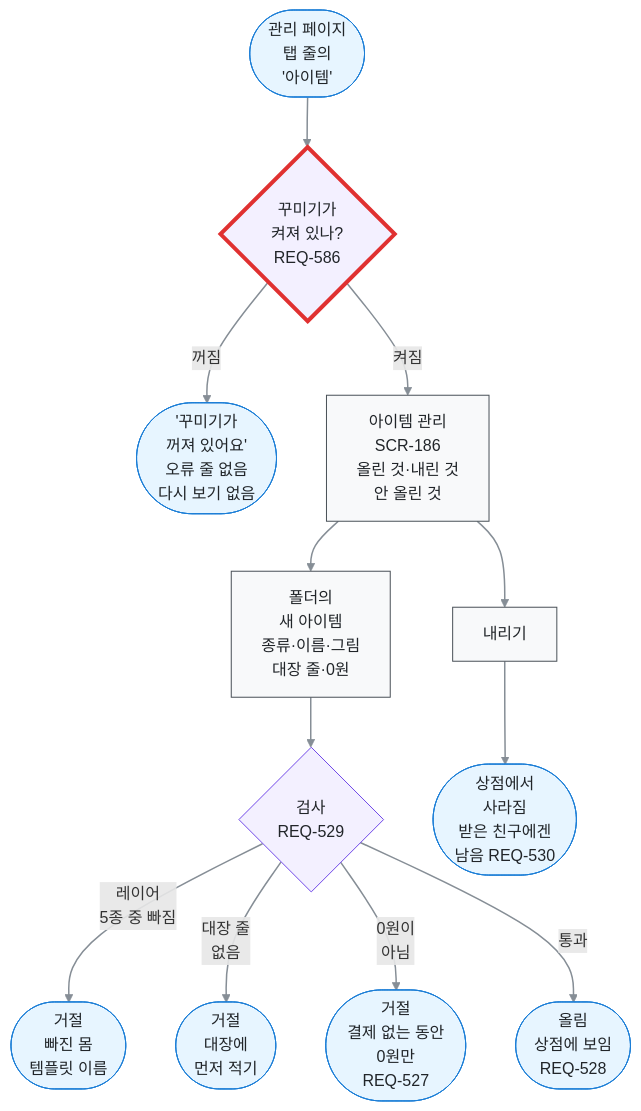
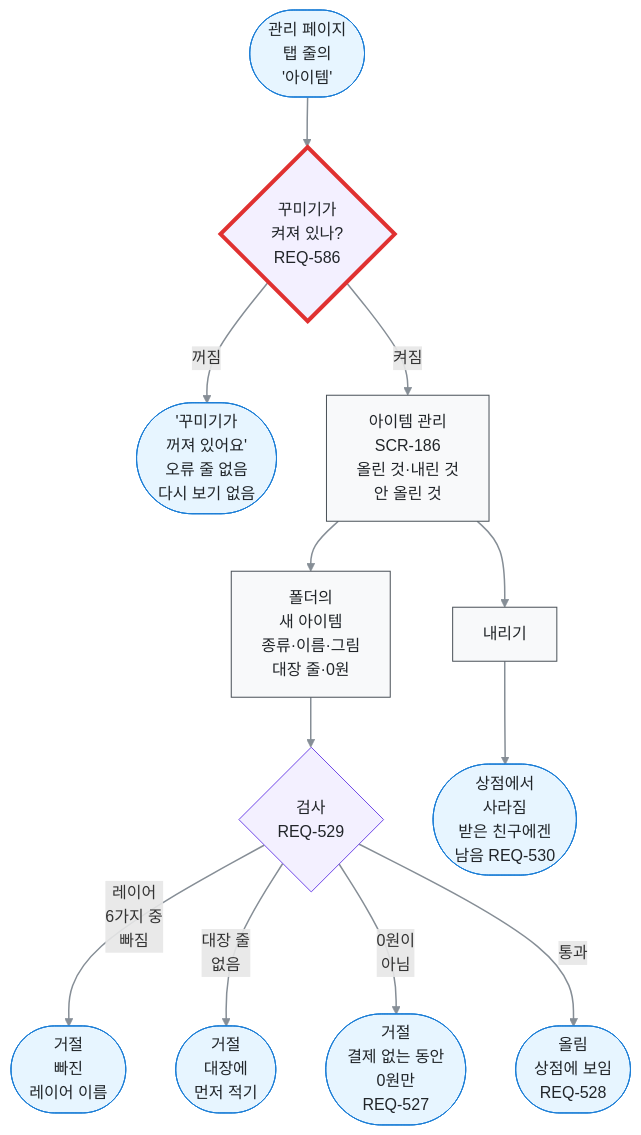
The diagram in docs/03-user-flow/FL-192-admin-items.md (kodonghui/marong2), drawn with Mermaid before and after one commit. The commit also changed other lines of this file and 17 other files, not shown here.

````diff
--- a/docs/03-user-flow/FL-192-admin-items.md
+++ b/docs/03-user-flow/FL-192-admin-items.md
@@ -7,37 +7,37 @@
 ```mermaid
 flowchart TD
   A(["관리 페이지<br/>탭 줄의<br/>'아이템'"])
   A1{"꾸미기가<br/>켜져 있나?<br/>REQ-586"}
   A2(["'꾸미기가<br/>꺼져 있어요'<br/>오류 줄 없음<br/>다시 보기 없음"])
   B["아이템 관리<br/>SCR-186<br/>올린 것·내린 것<br/>안 올린 것"]
   C["폴더의<br/>새 아이템<br/>종류·이름·그림<br/>대장 줄·0원"]
   D{"검사<br/>REQ-529"}
-  D1(["거절<br/>빠진 몸<br/>템플릿 이름"])
+  D1(["거절<br/>빠진<br/>레이어 이름"])
   D2(["거절<br/>대장에<br/>먼저 적기"])
   D3(["거절<br/>결제 없는 동안<br/>0원만<br/>REQ-527"])
   E(["올림<br/>상점에 보임<br/>REQ-528"])
   F["내리기"]
   G(["상점에서<br/>사라짐<br/>받은 친구에겐<br/>남음 REQ-530"])
   A e1@--> A1
   A1 e2@-->|"꺼짐"| A2
   A1 e3@-->|"켜짐"| B
   B e4@--> C
   C e5@--> D
-  D e6@-->|"레이어<br/>5종 중 빠짐"| D1
+  D e6@-->|"레이어<br/>6가지 중<br/>빠짐"| D1
   D e7@-->|"대장 줄<br/>없음"| D2
   D e8@-->|"0원이<br/>아님"| D3
   D e9@-->|"통과"| E
   B e10@--> F
   F e11@--> G
   %% legend: below
   classDef term fill:#e7f5ff,stroke:#1c7ed6,color:#212529
   classDef proc fill:#f8f9fa,stroke:#495057,color:#212529
   classDef decide fill:#f3f0ff,stroke:#7048e8,color:#212529
   classDef key stroke:#e03131,stroke-width:4px
   classDef pass stroke:#868e96,stroke-width:1.5px
   class A,A2,D1,D2,D3,E,G term
   class B,C,F proc
   class A1,D decide
   class A1 key
   class e1,e2,e3,e4,e5,e6,e7,e8,e9,e10,e11 pass
 ```
````
